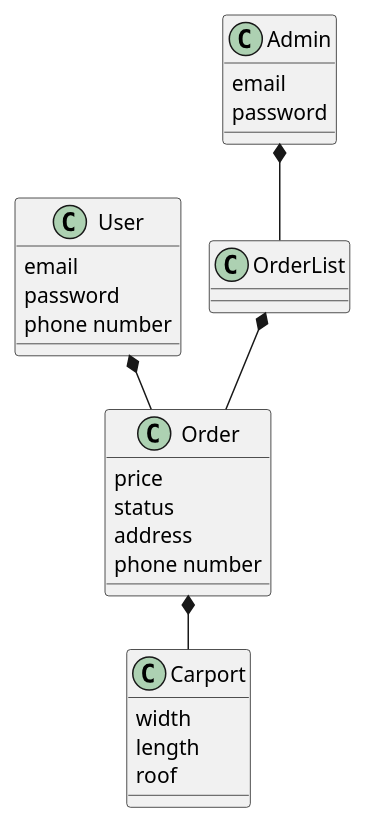
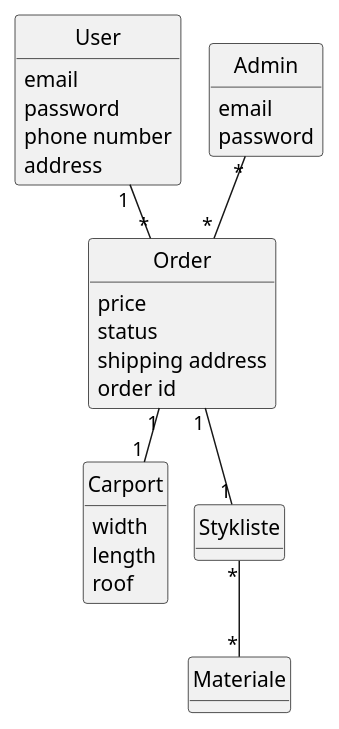
Before and after one commit to Marcus-Ekeroth/Carport: the diagram in src/UML/Domæne.puml, drawn with PlantUML.

Commit message:
Opsætning

```diff
--- a/src/UML/Domæne.puml
+++ b/src/UML/Domæne.puml
@@ -1,40 +1,46 @@
 @startuml
 'https://plantuml.com/class-diagram
 !pragma layout smetana
+hide circles
+hide methods
 
 class Order
 class Carport
 class User
 class Admin
-class OrderList
+class Stykliste
+class Materiale
 
 
-User *-- Order
-Order *-- Carport
-OrderList *-- Order
-Admin *-- OrderList
+
+User"1" --"*" Order
+Order "1"--"1" Stykliste
+Order "1"-- "1"Carport
+Admin"*" -- "*"Order
+Stykliste"*"--"*"Materiale
 
 class Admin{
 email
 password
 }
 class Carport{
 width
 length
 roof
 }
 class User{
 email
 password
 phone number
+address
 }
 class Order{
 price
 status
-address
-phone number
+shipping address
+order id
 }
 class Admin{
 }
 
 @enduml
```
